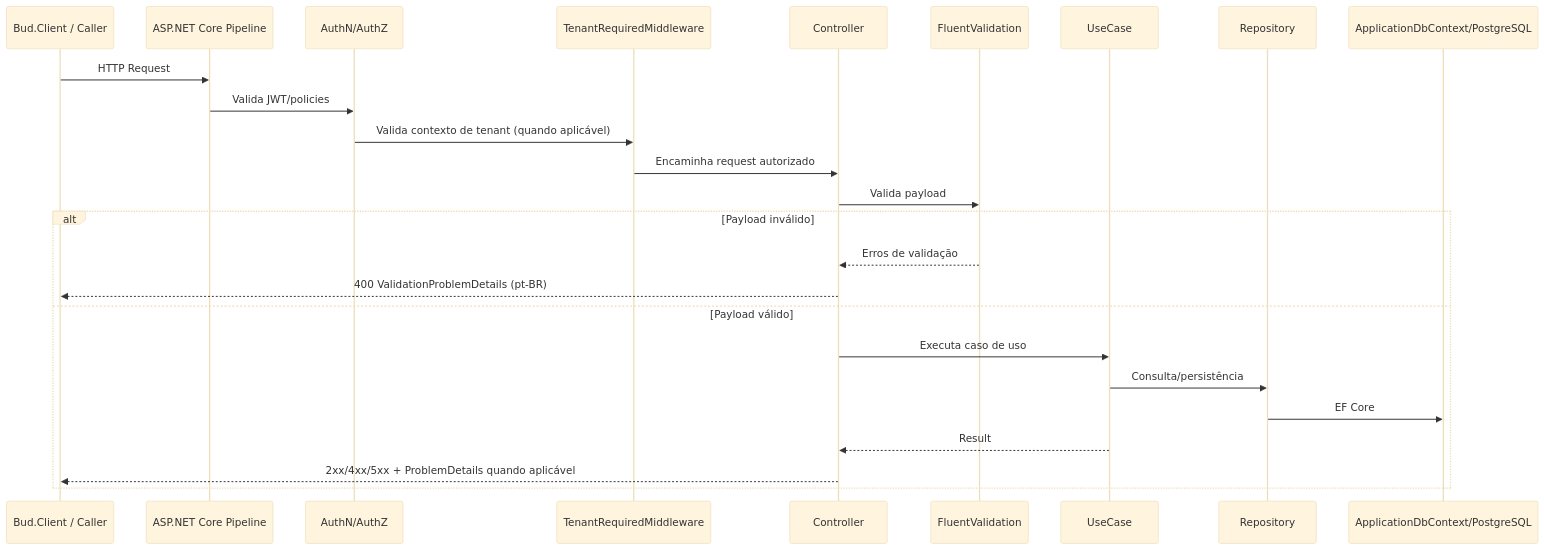
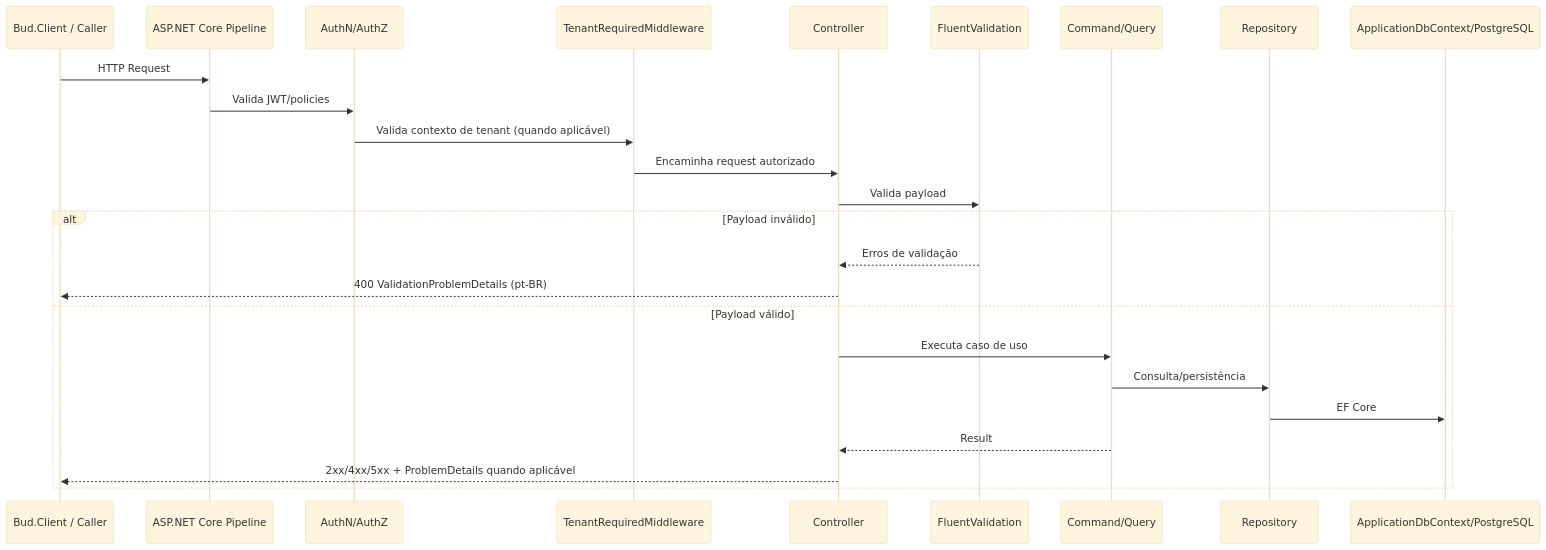
Before and after one commit to dsbraz/bud: the fifth of 10 diagrams in README.md, drawn with Mermaid (base theme). The commit also changed other lines of this file and 155 other files, not shown here.

````diff
--- a/README.md
+++ b/README.md
@@ -212,29 +212,29 @@
 ```mermaid
 sequenceDiagram
     participant UI as Bud.Client / Caller
     participant API as ASP.NET Core Pipeline
     participant AUTH as AuthN/AuthZ
     participant TENANT as TenantRequiredMiddleware
     participant CTRL as Controller
     participant VAL as FluentValidation
-    participant UC as UseCase
+    participant UC as Command/Query
     participant REPO as Repository
     participant DB as ApplicationDbContext/PostgreSQL
 
     UI->>API: HTTP Request
     API->>AUTH: Valida JWT/policies
     AUTH->>TENANT: Valida contexto de tenant (quando aplicável)
     TENANT->>CTRL: Encaminha request autorizado
     CTRL->>VAL: Valida payload
 
     alt Payload inválido
         VAL-->>CTRL: Erros de validação
         CTRL-->>UI: 400 ValidationProblemDetails (pt-BR)
     else Payload válido
         CTRL->>UC: Executa caso de uso
         UC->>REPO: Consulta/persistência
         REPO->>DB: EF Core
         UC-->>CTRL: Result
         CTRL-->>UI: 2xx/4xx/5xx + ProblemDetails quando aplicável
     end
 ```
````
